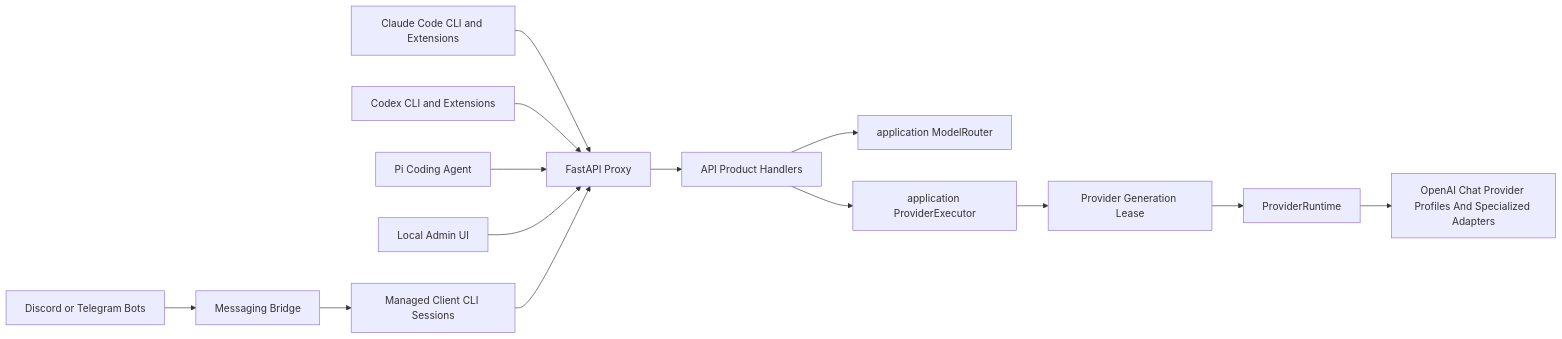
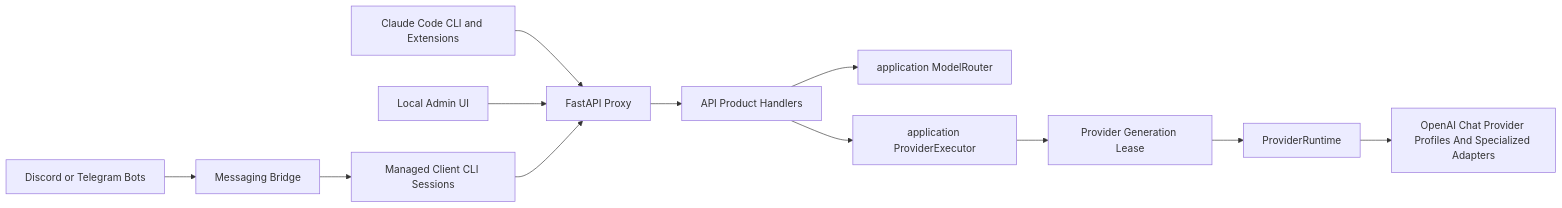
One commit to KingJboy1/test-freeclaudecode changed the first of 3 diagrams in ARCHITECTURE.md. Above: the diagram before and after it, drawn with Mermaid. The commit also changed other lines of this file and 62 other files, not shown here.

Commit message:
Full code audit fixes: add admin.css, claude.py launcher, remove Codex/Pi/OpenCode, fix installers, update docs

````diff
--- a/ARCHITECTURE.md
+++ b/ARCHITECTURE.md
@@ -27,16 +26,14 @@
 ```mermaid
 flowchart LR
     ClaudeCode[Claude Code CLI and Extensions] --> ProxyAPI[FastAPI Proxy]
-    Codex[Codex CLI and Extensions] --> ProxyAPI
-    Pi[Pi Coding Agent] --> ProxyAPI
-    AdminUI[Local Admin UI] --> ProxyAPI
+            AdminUI[Local Admin UI] --> ProxyAPI
     Bots[Discord or Telegram Bots] --> Messaging[Messaging Bridge]
     Messaging --> ClientCLI[Managed Client CLI Sessions]
     ClientCLI --> ProxyAPI
     ProxyAPI --> Handlers[API Product Handlers]
     Handlers --> Router[application ModelRouter]
     Handlers --> Executor[application ProviderExecutor]
     Executor --> Lease[Provider Generation Lease]
     Lease --> Providers[ProviderRuntime]
     Providers --> OpenAIChat[OpenAI Chat Provider Profiles And Specialized Adapters]
 ```
````
